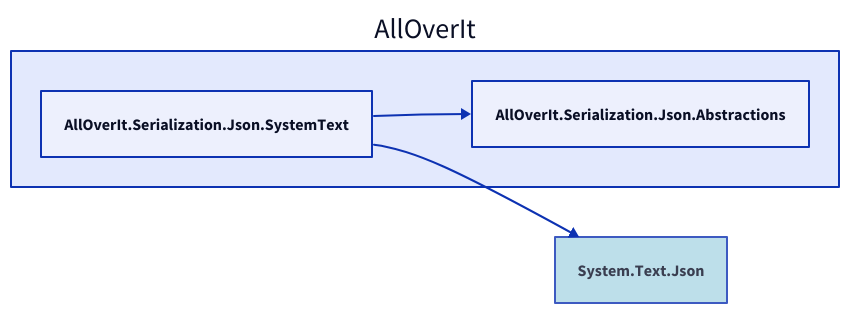
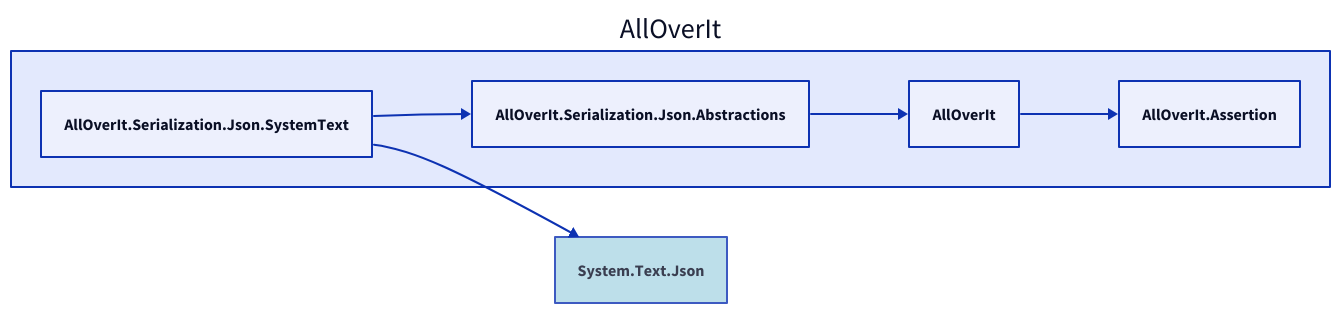
One commit to nickathone/AllOverIt changed the diagram in Docs/Dependencies/alloverit-serialization-json-systemtext.d2. Above: the diagram before and after it, drawn with D2. The commit also changed 75 other files, not shown here.

```diff
--- a/Docs/Dependencies/alloverit-serialization-json-systemtext.d2
+++ b/Docs/Dependencies/alloverit-serialization-json-systemtext.d2
@@ -1,11 +1,15 @@
 direction: right
 
 aoi: AllOverIt
 aoi.alloverit-serialization-json-systemtext: AllOverIt.Serialization.Json.SystemText
 aoi.alloverit-serialization-json-abstractions: AllOverIt.Serialization.Json.Abstractions
+aoi.alloverit: AllOverIt
+aoi.alloverit-assertion: AllOverIt.Assertion
 system-text-json: System.Text.Json
 system-text-json.style.fill: lightblue
 system-text-json.style.opacity: 0.8
 
 aoi.alloverit-serialization-json-abstractions <- aoi.alloverit-serialization-json-systemtext
+aoi.alloverit <- aoi.alloverit-serialization-json-abstractions
+aoi.alloverit-assertion <- aoi.alloverit
 system-text-json <- aoi.alloverit-serialization-json-systemtext
```
